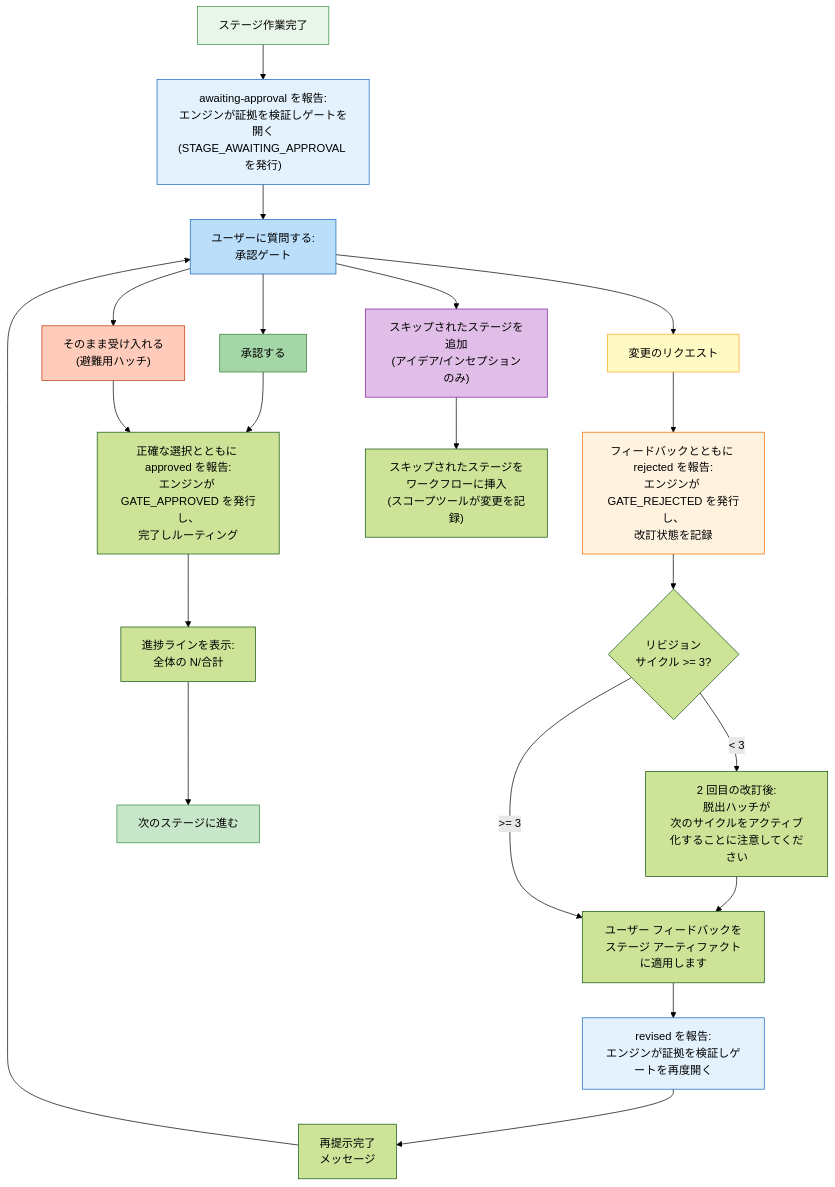
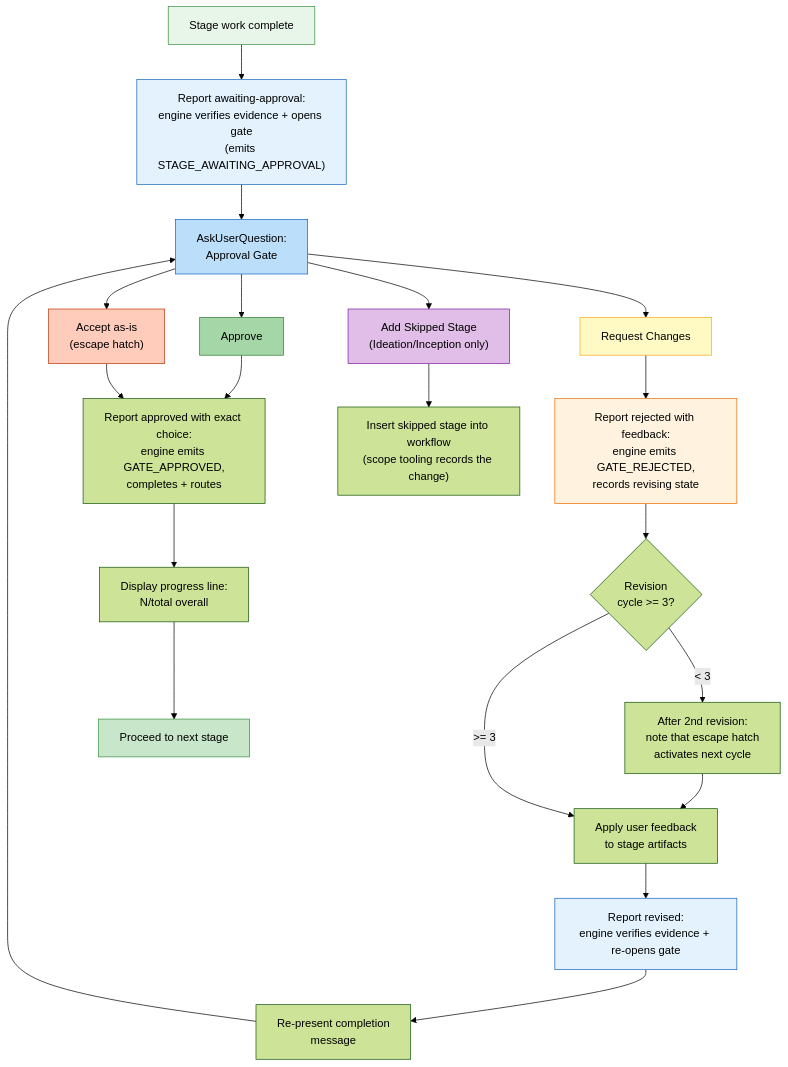
The diagram in docs/reference/ja/04-stage-protocol.md (otomatty/aidlc-guide), drawn with Mermaid (forest theme) before and after one commit. The commit also changed other lines of this file and 281 other files, not shown here.

````diff
--- a/docs/reference/ja/04-stage-protocol.md
+++ b/docs/reference/ja/04-stage-protocol.md
@@ -209,51 +136,51 @@
 ```mermaid
 flowchart TD
-    COMPLETE["ステージ作業完了"]
-    REPORT_AWAITING["awaiting-approval を報告:\nエンジンが証拠を検証しゲートを開く\n(STAGE_AWAITING_APPROVAL を発行)"]
-    ASK["ユーザーに質問する:\n承認ゲート"]
+    COMPLETE["Stage work complete"]
+    REPORT_AWAITING["Report awaiting-approval:\nengine verifies evidence + opens gate\n(emits STAGE_AWAITING_APPROVAL)"]
+    ASK["AskUserQuestion:\nApproval Gate"]
 
-    APPROVE["承認する"]
-    CHANGES["変更のリクエスト"]
-    ACCEPT["そのまま受け入れる\n(避難用ハッチ)"]
-    ADD_STAGE["スキップされたステージを追加\n(アイデア/インセプションのみ)"]
+    APPROVE["Approve"]
+    CHANGES["Request Changes"]
+    ACCEPT["Accept as-is\n(escape hatch)"]
+    ADD_STAGE["Add Skipped Stage\n(Ideation/Inception only)"]
 
-    REVISION_COUNT{"リビジョン\nサイクル >= 3?"}
-    NOTE_2ND["2 回目の改訂後:\n脱出ハッチが\n次のサイクルをアクティブ化することに注意してください"]
+    REVISION_COUNT{"Revision\ncycle >= 3?"}
+    NOTE_2ND["After 2nd revision:\nnote that escape hatch\nactivates next cycle"]
 
-    REPORT_APPROVED["正確な選択とともに approved を報告:\nエンジンが GATE_APPROVED を発行し、\n完了しルーティング"]
-    REPORT_REJECTED["フィードバックとともに rejected を報告:\nエンジンが GATE_REJECTED を発行し、\n改訂状態を記録"]
-    REPORT_REVISED["revised を報告:\nエンジンが証拠を検証しゲートを再度開く"]
-    PROGRESS["進捗ラインを表示:\n全体の N/合計"]
-    NEXT_STAGE["次のステージに進む"]
+    REPORT_APPROVED["Report approved with exact choice:\nengine emits GATE_APPROVED,\ncompletes + routes"]
+    REPORT_REJECTED["Report rejected with feedback:\nengine emits GATE_REJECTED,\nrecords revising state"]
+    REPORT_REVISED["Report revised:\nengine verifies evidence + re-opens gate"]
+    PROGRESS["Display progress line:\nN/total overall"]
+    NEXT_STAGE["Proceed to next stage"]
 
-    REVISE["ユーザー フィードバックを\nステージ アーティファクトに適用します"]
-    RE_PRESENT["再提示完了\nメッセージ"]
+    REVISE["Apply user feedback\nto stage artifacts"]
+    RE_PRESENT["Re-present completion\nmessage"]
 
-    ADD_EXEC["スキップされたステージをワークフローに挿入\n(スコープツールが変更を記録)"]
+    ADD_EXEC["Insert skipped stage into workflow\n(scope tooling records the change)"]
 
     COMPLETE --> REPORT_AWAITING --> ASK
     ASK --> APPROVE
     ASK --> CHANGES
     ASK --> ACCEPT
     ASK --> ADD_STAGE
 
     APPROVE --> REPORT_APPROVED --> PROGRESS --> NEXT_STAGE
     ACCEPT --> REPORT_APPROVED
 
     CHANGES --> REPORT_REJECTED --> REVISION_COUNT
     REVISION_COUNT -->|"< 3"| NOTE_2ND --> REVISE --> REPORT_REVISED --> RE_PRESENT --> ASK
     REVISION_COUNT -->|">= 3"| REVISE
 
     ADD_STAGE --> ADD_EXEC
 
     style COMPLETE fill:#e8f5e9,stroke:#388e3c,color:#000
     style REPORT_AWAITING fill:#e3f2fd,stroke:#1565c0,color:#000
     style ASK fill:#bbdefb,stroke:#1565c0,color:#000
     style APPROVE fill:#a5d6a7,stroke:#2e7d32,color:#000
     style CHANGES fill:#fff9c4,stroke:#f9a825,color:#000
     style REPORT_REJECTED fill:#fff3e0,stroke:#ef6c00,color:#000
     style REPORT_REVISED fill:#e3f2fd,stroke:#1565c0,color:#000
     style ACCEPT fill:#ffccbc,stroke:#bf360c,color:#000
     style ADD_STAGE fill:#e1bee7,stroke:#7b1fa2,color:#000
     style NEXT_STAGE fill:#c8e6c9,stroke:#388e3c,color:#000
 ```
````
